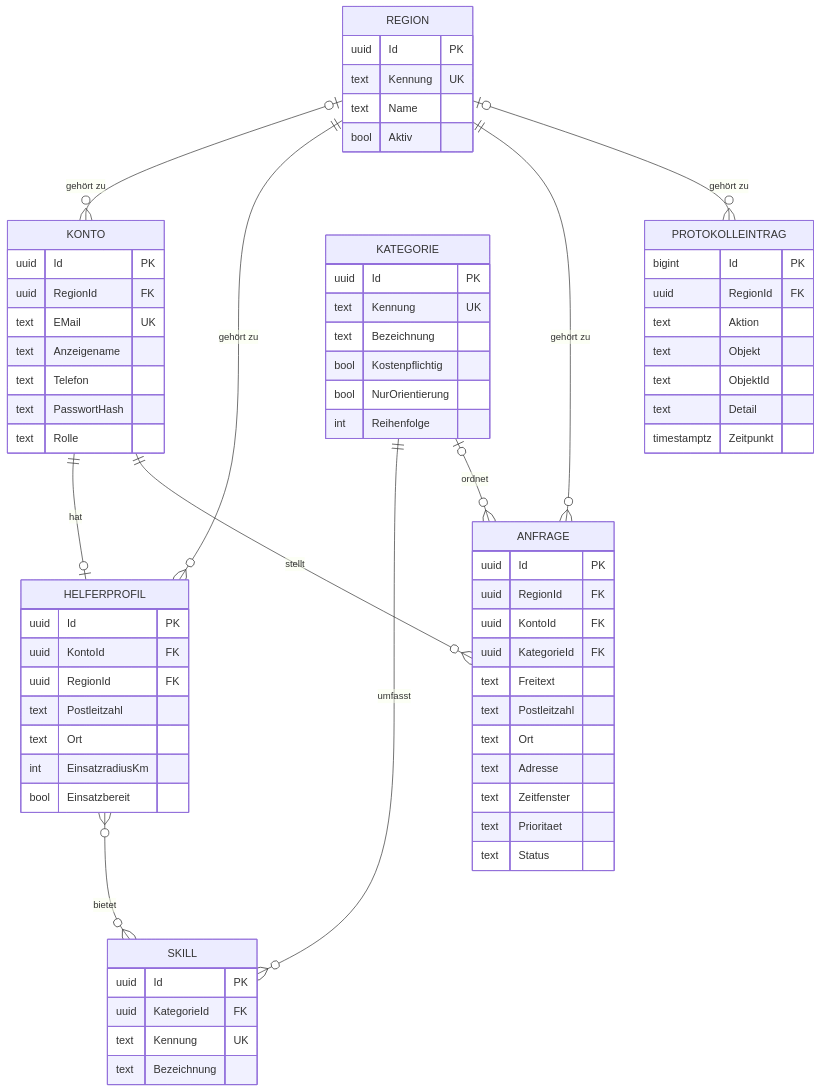
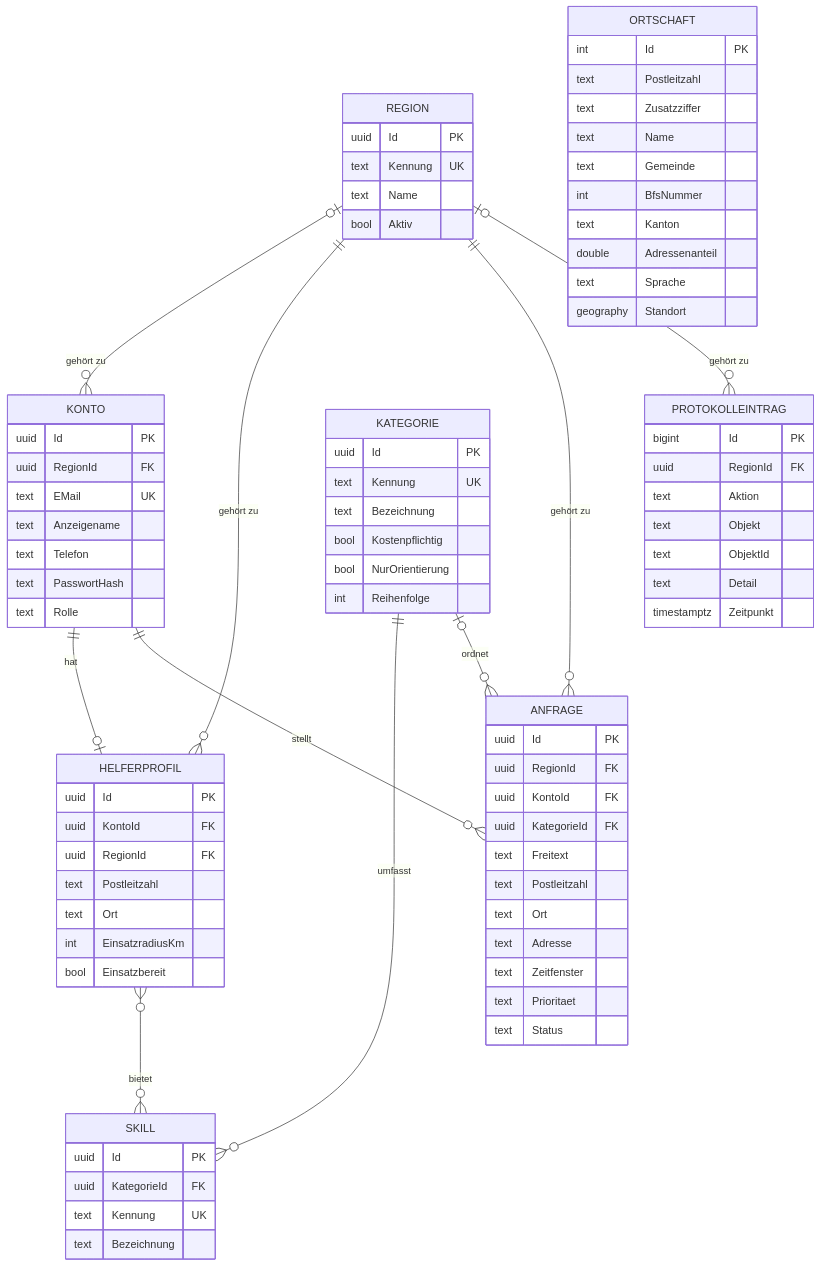
One commit to maliswiss/soforthilfe-bern-mittelland changed the diagram in docs/datenmodell.md. Above: the diagram before and after it, drawn with Mermaid. The commit also changed other lines of this file and 21 other files, not shown here.

```diff
--- a/docs/datenmodell.md
+++ b/docs/datenmodell.md
@@ -67,6 +67,18 @@
     text Prioritaet
     text Status
   }
+  ORTSCHAFT {
+    int Id PK
+    text Postleitzahl
+    text Zusatzziffer
+    text Name
+    text Gemeinde
+    int BfsNummer
+    text Kanton
+    double Adressenanteil
+    text Sprache
+    geography Standort
+  }
   PROTOKOLLEINTRAG {
     bigint Id PK
     uuid RegionId FK
```
